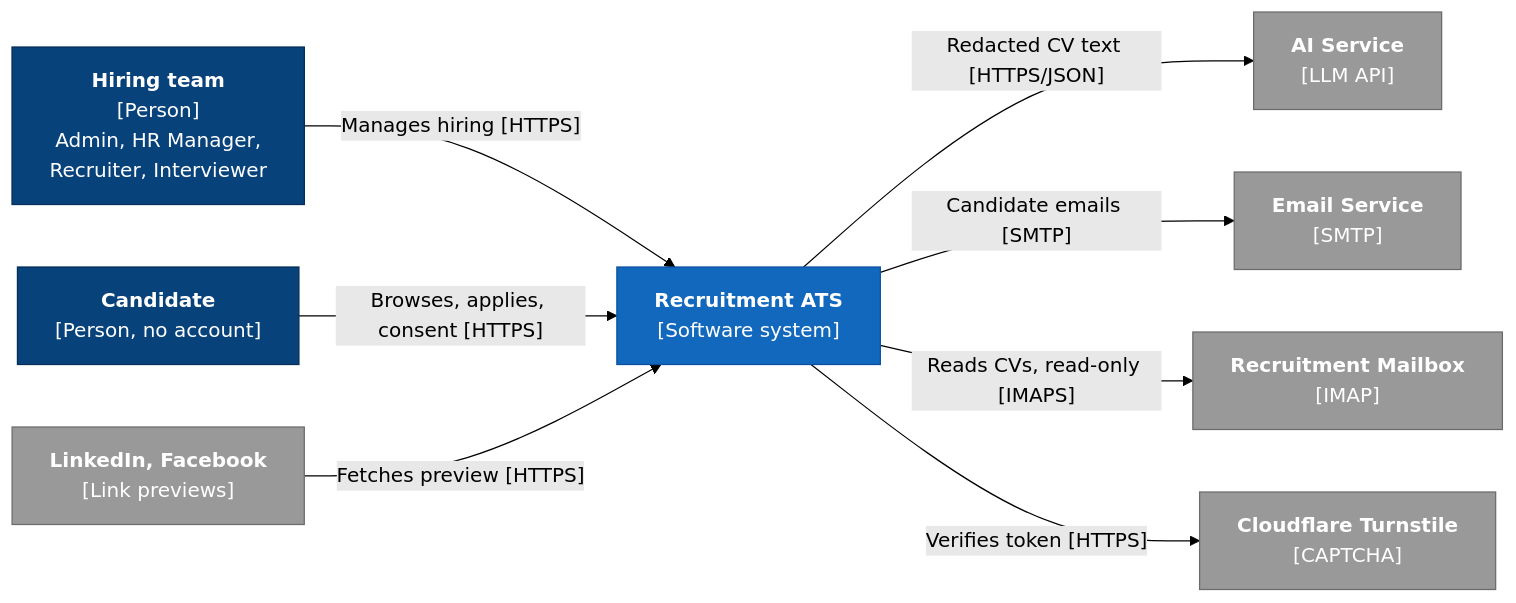
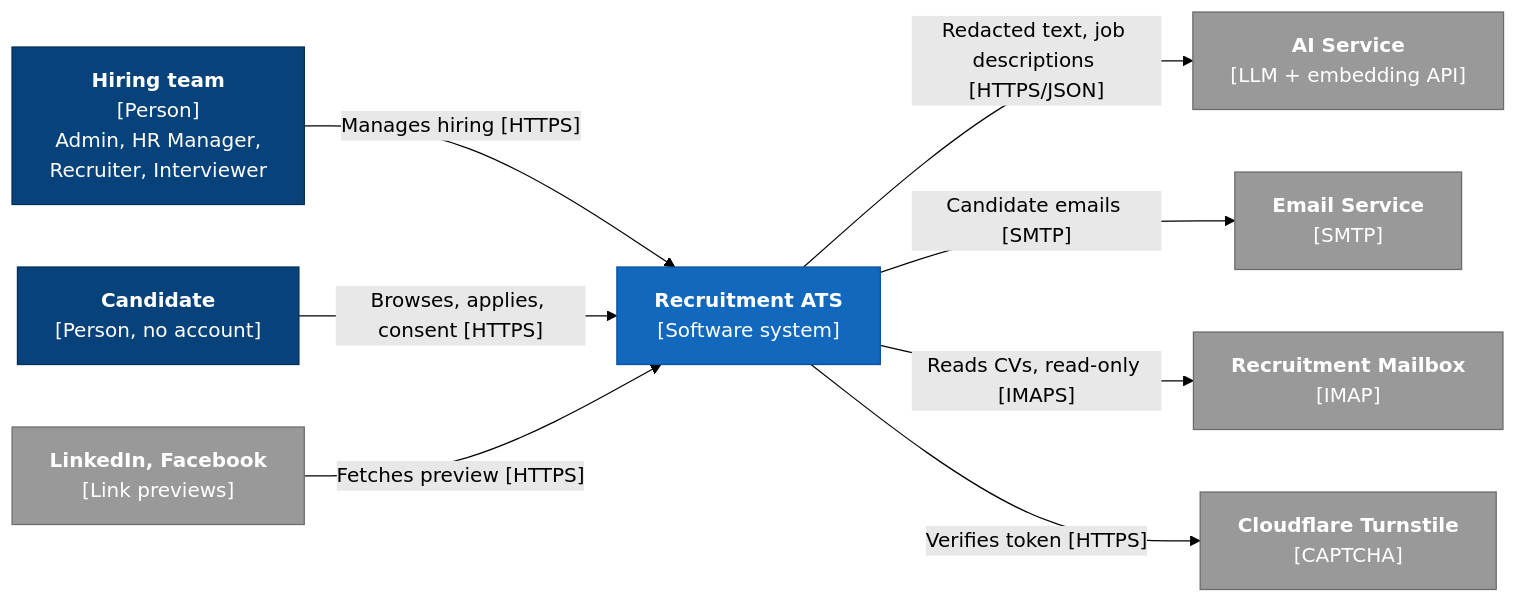
One commit to duongk18FPTU/recruitment-ats changed the third of 7 diagrams in README.md. Above: the diagram before and after it, drawn with Mermaid (forest theme). The commit also changed other lines of this file and 28 other files, not shown here.

````diff
--- a/README.md
+++ b/README.md
@@ -280,26 +286,26 @@
 ```mermaid
 flowchart LR
     hr["<b>Hiring team</b><br/>[Person]<br/>Admin, HR Manager,<br/>Recruiter, Interviewer"]
     cand["<b>Candidate</b><br/>[Person, no account]"]
     ats["<b>Recruitment ATS</b><br/>[Software system]"]
-    ai["<b>AI Service</b><br/>[LLM API]"]
+    ai["<b>AI Service</b><br/>[LLM + embedding API]"]
     smtp["<b>Email Service</b><br/>[SMTP]"]
     imap["<b>Recruitment Mailbox</b><br/>[IMAP]"]
     turnstile["<b>Cloudflare Turnstile</b><br/>[CAPTCHA]"]
     social["<b>LinkedIn, Facebook</b><br/>[Link previews]"]
 
     hr -->|"Manages hiring [HTTPS]"| ats
     cand -->|"Browses, applies, consent [HTTPS]"| ats
-    ats -->|"Redacted CV text [HTTPS/JSON]"| ai
+    ats -->|"Redacted text, job descriptions [HTTPS/JSON]"| ai
     ats -->|"Candidate emails [SMTP]"| smtp
     ats -->|"Reads CVs, read-only [IMAPS]"| imap
     ats -->|"Verifies token [HTTPS]"| turnstile
     social -->|"Fetches preview [HTTPS]"| ats
 
     classDef person fill:#08427b,color:#fff,stroke:#052e56
     classDef system fill:#1168bd,color:#fff,stroke:#0b4f9e
     classDef external fill:#999,color:#fff,stroke:#6b6b6b
     class hr,cand person
     class ats system
     class ai,smtp,imap,turnstile,social external
 ```
````
